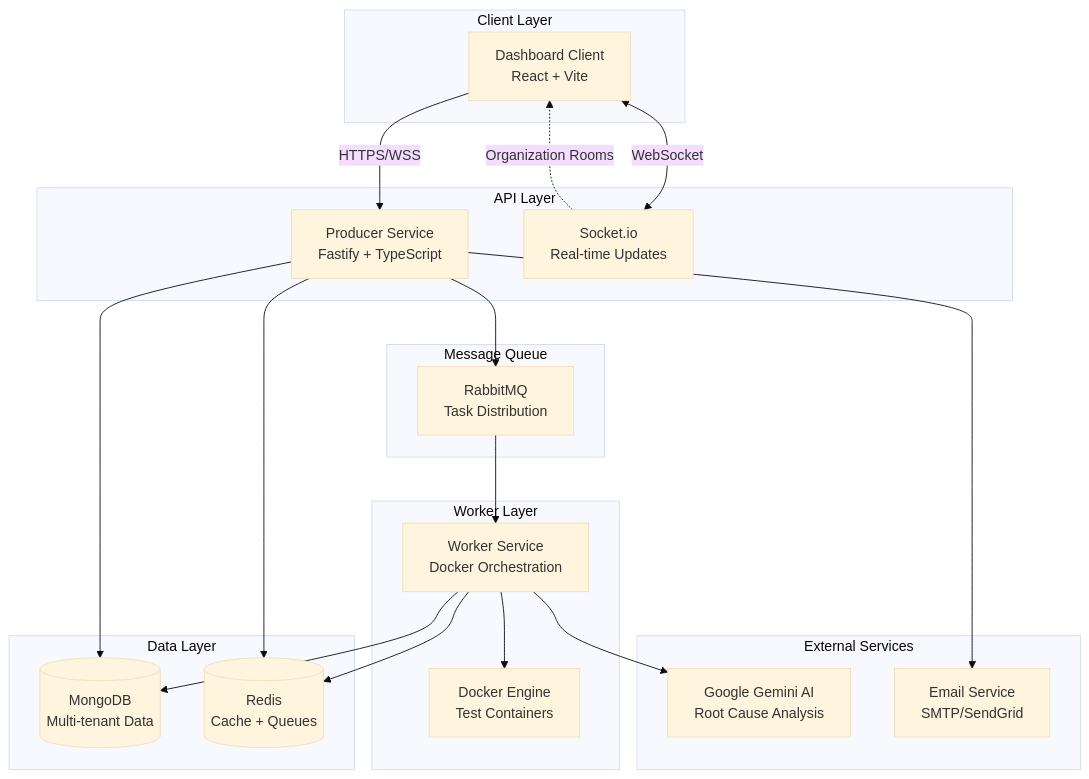
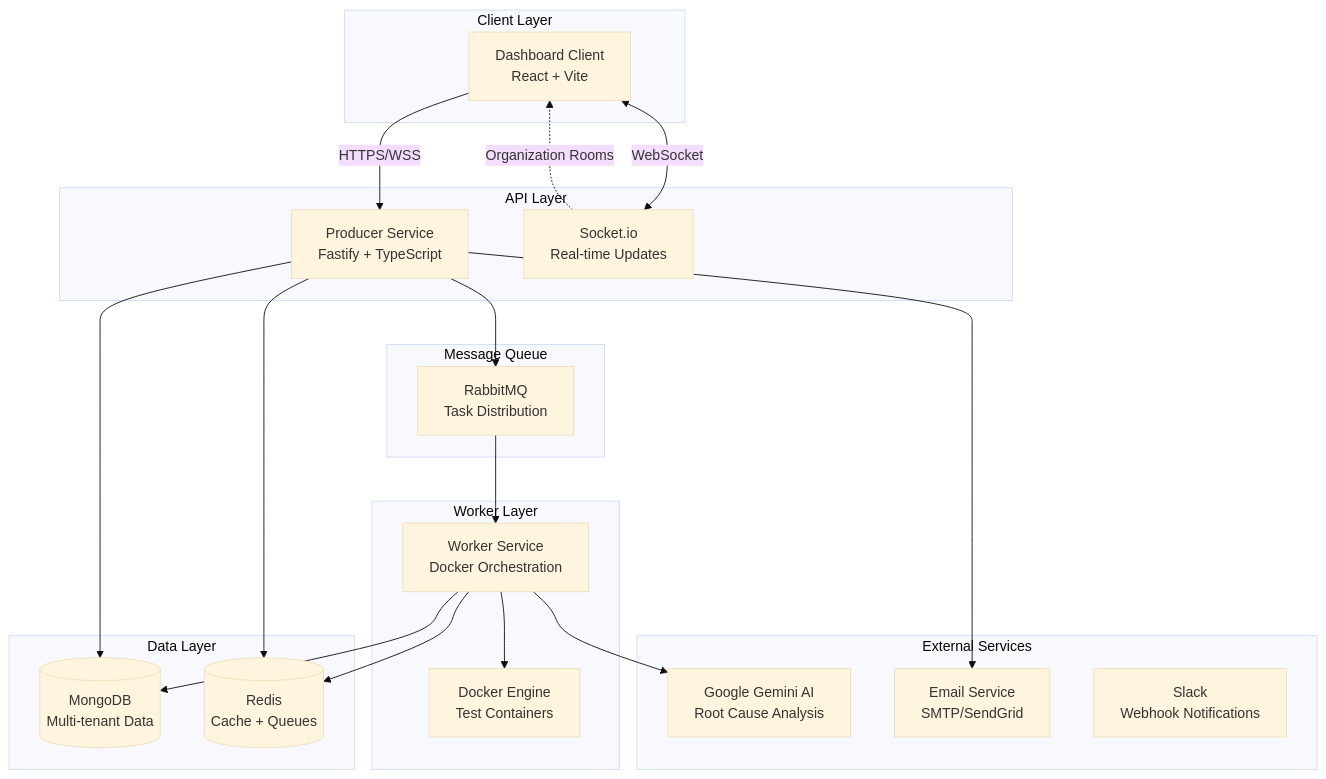
Before and after one commit to keinar/Agnox: the first of 4 diagrams in docs/architecture/overview.md, drawn with Mermaid (base theme). The commit also changed other lines of this file and 25 other files, not shown here.

````diff
--- a/docs/architecture/overview.md
+++ b/docs/architecture/overview.md
@@ -7,45 +7,46 @@
 ```mermaid
 graph TB
     subgraph "Client Layer"
         UI[Dashboard Client<br/>React + Vite]
     end
 
     subgraph "API Layer"
         Producer[Producer Service<br/>Fastify + TypeScript]
         Socket[Socket.io<br/>Real-time Updates]
     end
 
     subgraph "Worker Layer"
         Worker[Worker Service<br/>Docker Orchestration]
         Docker[Docker Engine<br/>Test Containers]
     end
 
     subgraph "Data Layer"
         Mongo[(MongoDB<br/>Multi-tenant Data)]
         Redis[(Redis<br/>Cache + Queues)]
     end
 
     subgraph "Message Queue"
         RabbitMQ[RabbitMQ<br/>Task Distribution]
     end
 
     subgraph "External Services"
         Gemini[Google Gemini AI<br/>Root Cause Analysis]
         Email[Email Service<br/>SMTP/SendGrid]
+        Slack[Slack<br/>Webhook Notifications]
     end
 
     UI -->|HTTPS/WSS| Producer
     UI <-->|WebSocket| Socket
     Producer --> Mongo
     Producer --> Redis
     Producer --> RabbitMQ
     Producer --> Email
 
     RabbitMQ --> Worker
     Worker --> Docker
     Worker --> Mongo
     Worker --> Redis
     Worker --> Gemini
 
     Socket -.->|Organization Rooms| UI
 ```
````
